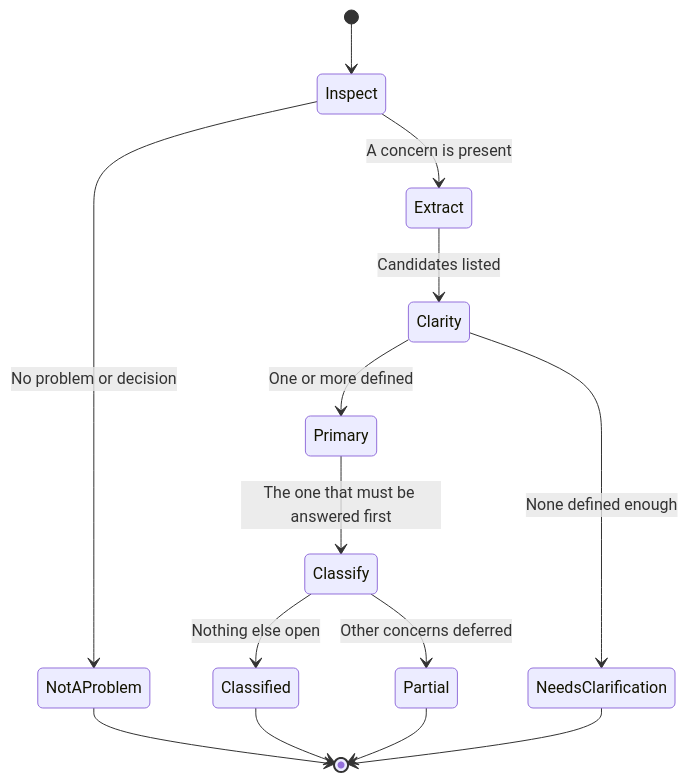
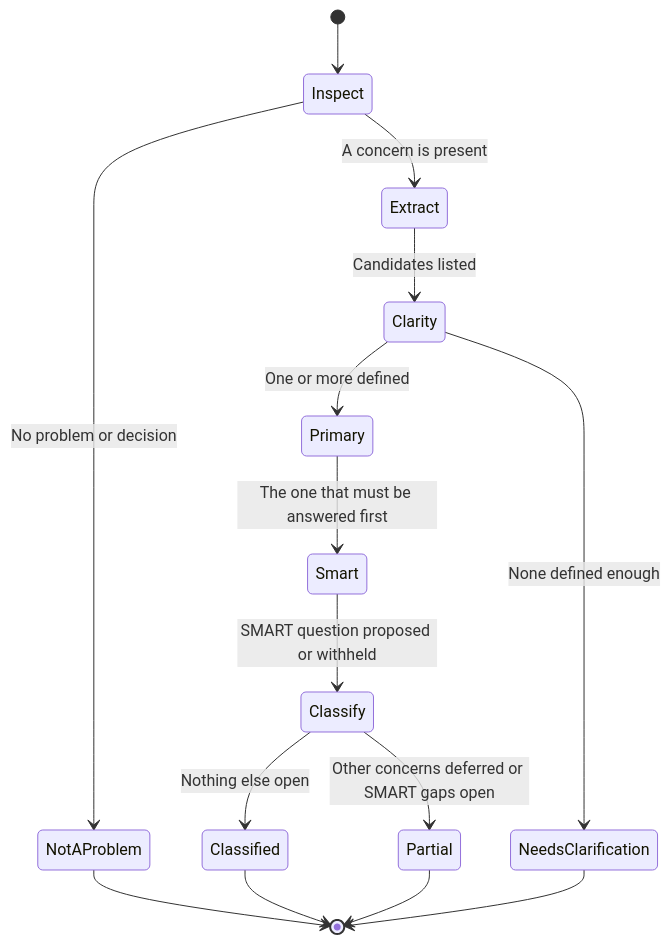
Before and after one commit to unfriction-ai/whats-going-on: the diagram in skills/whats-going-on/README.md, drawn with Mermaid. The commit also changed other lines of this file and 90 other files, not shown here.

First line of the commit message:
feat(skill): propose a SMART problem question in stage 1 (#23)

````diff
--- a/skills/whats-going-on/README.md
+++ b/skills/whats-going-on/README.md
@@ -46,21 +46,22 @@
 ```mermaid
 stateDiagram-v2
     direction TB
     [*] --> Inspect
 
     Inspect --> NotAProblem: No problem or decision
     Inspect --> Extract: A concern is present
 
     Extract --> Clarity: Candidates listed
     Clarity --> NeedsClarification: None defined enough
     Clarity --> Primary: One or more defined
 
-    Primary --> Classify: The one that must be answered first
+    Primary --> Smart: The one that must be answered first
+    Smart --> Classify: SMART question proposed or withheld
     Classify --> Classified: Nothing else open
-    Classify --> Partial: Other concerns deferred
+    Classify --> Partial: Other concerns deferred or SMART gaps open
 
     NotAProblem --> [*]
     Classified --> [*]
     Partial --> [*]
     NeedsClarification --> [*]
 ```
````
